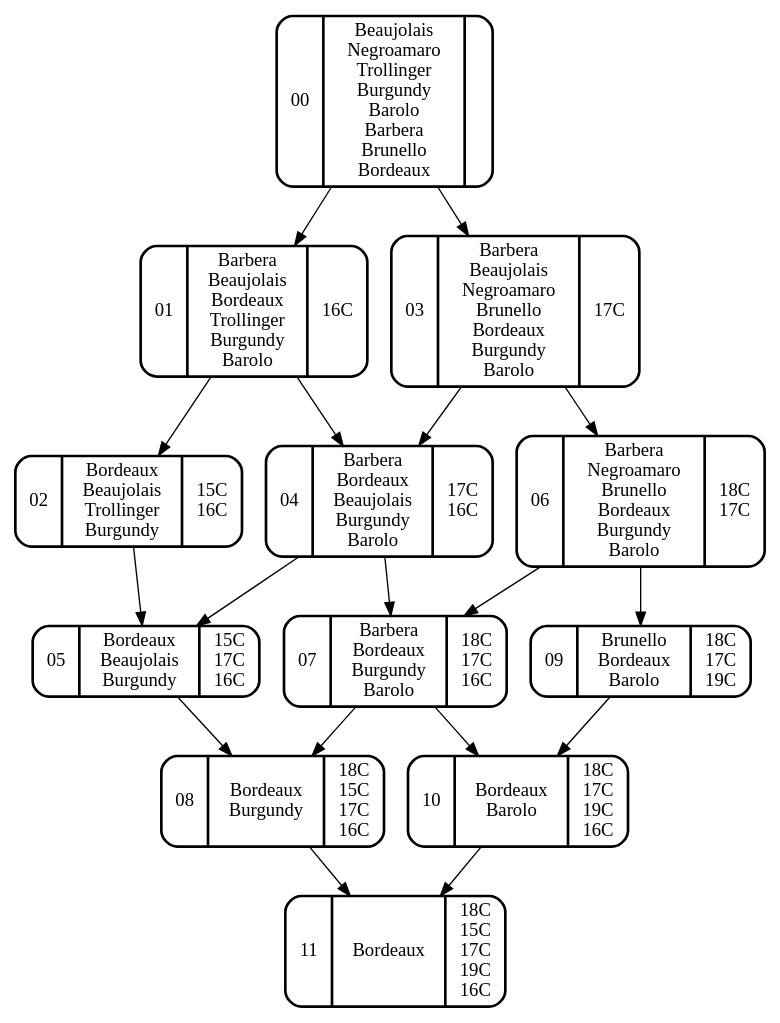
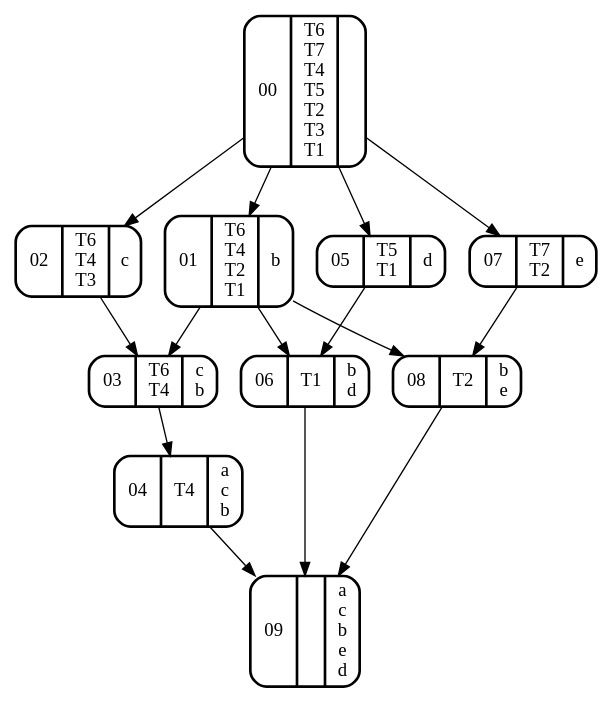
Before and after one commit to Demfier/Concept-Learning: the diagram in starAlliance_2.dot, drawn with Graphviz. The commit also changed 6 other files, not shown here.

```diff
--- a/starAlliance_2.dot
+++ b/starAlliance_2.dot
@@ -1,31 +1,26 @@
 digraph lattice {
-node0 [color=black, shape=Mrecord, style=bold,label="00|Beaujolais\nNegroamaro\nTrollinger\nBurgundy\nBarolo\nBarbera\nBrunello\nBordeaux|"]
-node1 [color=black, shape=Mrecord, style=bold,label="01|Barbera\nBeaujolais\nBordeaux\nTrollinger\nBurgundy\nBarolo|16C"]
-node2 [color=black, shape=Mrecord, style=bold,label="02|Bordeaux\nBeaujolais\nTrollinger\nBurgundy|15C\n16C"]
-node3 [color=black, shape=Mrecord, style=bold,label="03|Barbera\nBeaujolais\nNegroamaro\nBrunello\nBordeaux\nBurgundy\nBarolo|17C"]
-node4 [color=black, shape=Mrecord, style=bold,label="04|Barbera\nBordeaux\nBeaujolais\nBurgundy\nBarolo|17C\n16C"]
-node5 [color=black, shape=Mrecord, style=bold,label="05|Bordeaux\nBeaujolais\nBurgundy|15C\n17C\n16C"]
-node6 [color=black, shape=Mrecord, style=bold,label="06|Barbera\nNegroamaro\nBrunello\nBordeaux\nBurgundy\nBarolo|18C\n17C"]
-node7 [color=black, shape=Mrecord, style=bold,label="07|Barbera\nBordeaux\nBurgundy\nBarolo|18C\n17C\n16C"]
-node8 [color=black, shape=Mrecord, style=bold,label="08|Bordeaux\nBurgundy|18C\n15C\n17C\n16C"]
-node9 [color=black, shape=Mrecord, style=bold,label="09|Brunello\nBordeaux\nBarolo|18C\n17C\n19C"]
-node10 [color=black, shape=Mrecord, style=bold,label="10|Bordeaux\nBarolo|18C\n17C\n19C\n16C"]
-node11 [color=black, shape=Mrecord, style=bold,label="11|Bordeaux|18C\n15C\n17C\n19C\n16C"]
+node0 [color=black, shape=Mrecord, style=bold,label="00|T6\nT7\nT4\nT5\nT2\nT3\nT1|"]
+node1 [color=black, shape=Mrecord, style=bold,label="01|T6\nT4\nT2\nT1|b"]
+node2 [color=black, shape=Mrecord, style=bold,label="02|T6\nT4\nT3|c"]
+node3 [color=black, shape=Mrecord, style=bold,label="03|T6\nT4|c\nb"]
+node4 [color=black, shape=Mrecord, style=bold,label="04|T4|a\nc\nb"]
+node5 [color=black, shape=Mrecord, style=bold,label="05|T5\nT1|d"]
+node6 [color=black, shape=Mrecord, style=bold,label="06|T1|b\nd"]
+node7 [color=black, shape=Mrecord, style=bold,label="07|T7\nT2|e"]
+node8 [color=black, shape=Mrecord, style=bold,label="08|T2|b\ne"]
+node9 [color=black, shape=Mrecord, style=bold,label="09||a\nc\nb\ne\nd"]
 node0 -> node1 [color=black]
-node0 -> node3 [color=black]
-node1 -> node2 [color=black]
-node1 -> node4 [color=black]
-node2 -> node5 [color=black]
+node0 -> node2 [color=black]
+node0 -> node5 [color=black]
+node0 -> node7 [color=black]
+node1 -> node3 [color=black]
+node1 -> node6 [color=black]
+node1 -> node8 [color=black]
+node2 -> node3 [color=black]
 node3 -> node4 [color=black]
-node3 -> node6 [color=black]
-node4 -> node5 [color=black]
-node4 -> node7 [color=black]
-node5 -> node8 [color=black]
-node6 -> node7 [color=black]
+node4 -> node9 [color=black]
+node5 -> node6 [color=black]
 node6 -> node9 [color=black]
 node7 -> node8 [color=black]
-node7 -> node10 [color=black]
-node8 -> node11 [color=black]
-node9 -> node10 [color=black]
-node10 -> node11 [color=black]
+node8 -> node9 [color=black]
 }
```
